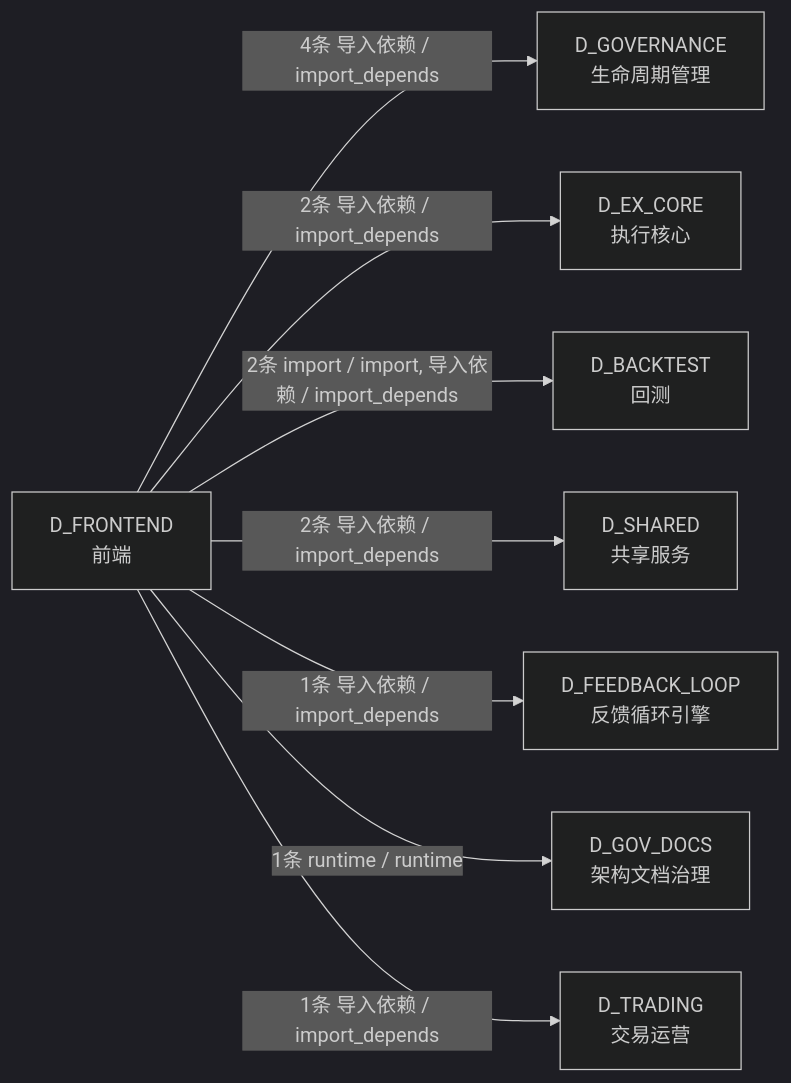
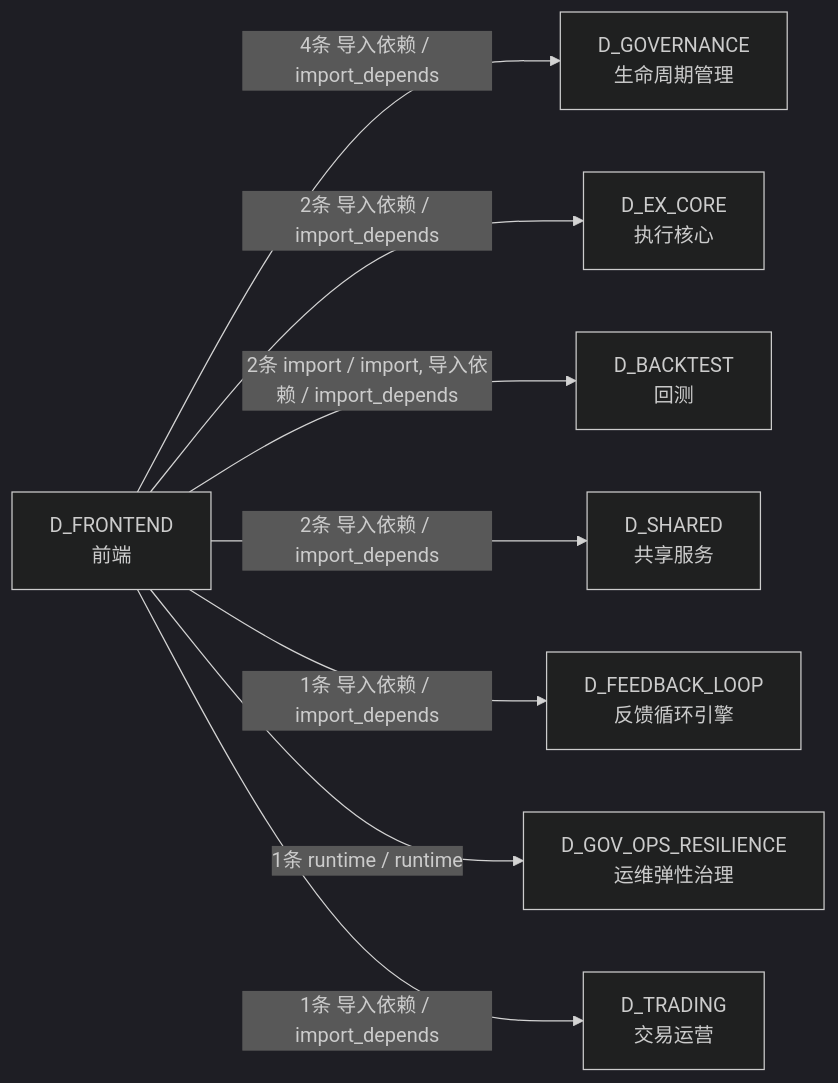
One commit to xuanFelixVan/ZephyrAlpha changed the fifth of 5 diagrams in docs/02_enterprise_architecture/02_domain_architecture_docs/15_d_frontend.md. Above: the diagram before and after it, drawn with Mermaid (dark theme). The commit also changed other lines of this file and 99 other files, not shown here.

````diff
--- a/docs/02_enterprise_architecture/02_domain_architecture_docs/15_d_frontend.md
+++ b/docs/02_enterprise_architecture/02_domain_architecture_docs/15_d_frontend.md
@@ -290,18 +290,18 @@
 ```mermaid
 graph LR
     D_FRONTEND["D_FRONTEND<br/>前端"]
     D_GOVERNANCE["D_GOVERNANCE<br/>生命周期管理"]
     D_EX_CORE["D_EX_CORE<br/>执行核心"]
     D_BACKTEST["D_BACKTEST<br/>回测"]
     D_SHARED["D_SHARED<br/>共享服务"]
     D_FEEDBACK_LOOP["D_FEEDBACK_LOOP<br/>反馈循环引擎"]
-    D_GOV_DOCS["D_GOV_DOCS<br/>架构文档治理"]
+    D_GOV_OPS_RESILIENCE["D_GOV_OPS_RESILIENCE<br/>运维弹性治理"]
     D_TRADING["D_TRADING<br/>交易运营"]
     D_FRONTEND -->|4条 导入依赖 / import_depends| D_GOVERNANCE
     D_FRONTEND -->|2条 导入依赖 / import_depends| D_EX_CORE
     D_FRONTEND -->|2条 import / import, 导入依赖 / import_depends| D_BACKTEST
     D_FRONTEND -->|2条 导入依赖 / import_depends| D_SHARED
     D_FRONTEND -->|1条 导入依赖 / import_depends| D_FEEDBACK_LOOP
-    D_FRONTEND -->|1条 runtime / runtime| D_GOV_DOCS
+    D_FRONTEND -->|1条 runtime / runtime| D_GOV_OPS_RESILIENCE
     D_FRONTEND -->|1条 导入依赖 / import_depends| D_TRADING
 ```
````
